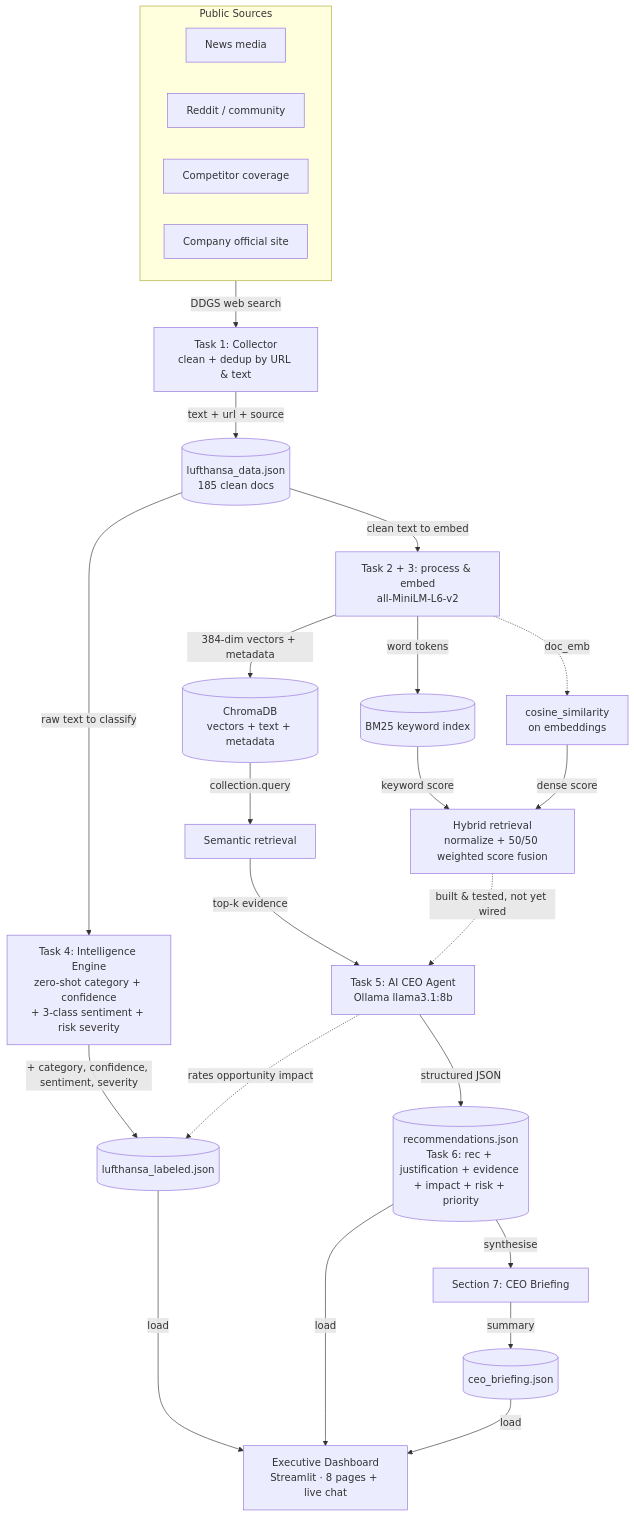
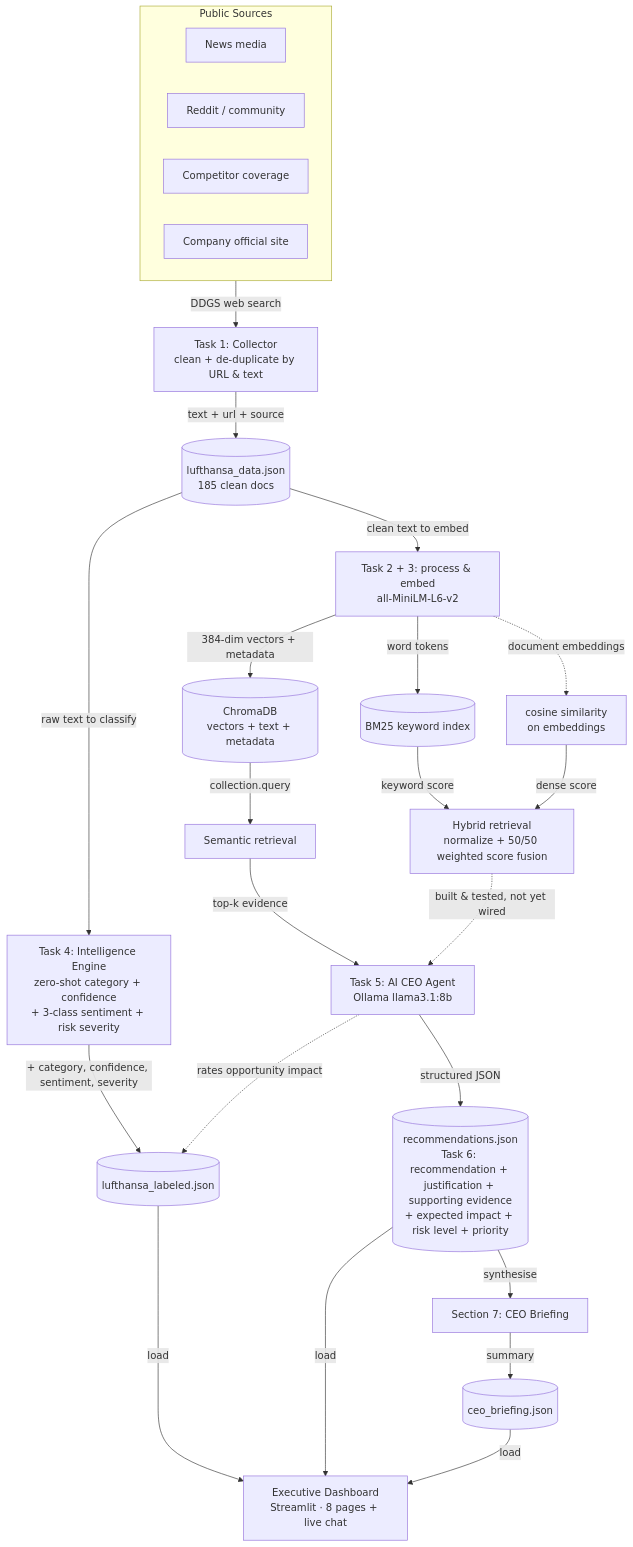
One commit to Nihalpujari/ML_Practice changed the first of 2 diagrams in NLP/NLP Exam/AI CEO Strategic Intelligence Agent/README.md. Above: the diagram before and after it, drawn with Mermaid. The commit also changed other lines of this file and 2 other files, not shown here.

````diff
--- a/NLP/NLP Exam/AI CEO Strategic Intelligence Agent/README.md
+++ b/NLP/NLP Exam/AI CEO Strategic Intelligence Agent/README.md
@@ -84,35 +84,35 @@
 ```mermaid
 flowchart TD
     subgraph SOURCES[Public Sources]
         N[News media]
         R[Reddit / community]
         CMP[Competitor coverage]
         CO[Company official site]
     end
 
-    SOURCES -->|DDGS web search| COLLECT[Task 1: Collector<br/>clean + dedup by URL & text]
+    SOURCES -->|DDGS web search| COLLECT[Task 1: Collector<br/>clean + de-duplicate by URL & text]
     COLLECT -->|text + url + source| JSON[(lufthansa_data.json<br/>185 clean docs)]
 
     JSON -->|clean text to embed| PROC[Task 2 + 3: process & embed<br/>all-MiniLM-L6-v2]
     PROC -->|384-dim vectors + metadata| CHROMA[(ChromaDB<br/>vectors + text + metadata)]
     PROC -->|word tokens| BM25[(BM25 keyword index)]
-    PROC -. doc_emb .-> COS[cosine_similarity<br/>on embeddings]
+    PROC -. document embeddings .-> COS[cosine similarity<br/>on embeddings]
 
     JSON -->|raw text to classify| INTEL[Task 4: Intelligence Engine<br/>zero-shot category + confidence<br/>+ 3-class sentiment + risk severity]
     INTEL -->|+ category, confidence, sentiment, severity| LABELED[(lufthansa_labeled.json)]
     AGENT -. rates opportunity impact .-> LABELED
 
     CHROMA -->|collection.query| SEM[Semantic retrieval]
     BM25 -->|keyword score| HYB[Hybrid retrieval<br/>normalize + 50/50 weighted score fusion]
     COS -->|dense score| HYB
 
     SEM -->|top-k evidence| AGENT[Task 5: AI CEO Agent<br/>Ollama llama3.1:8b]
     HYB -. built &amp; tested, not yet wired .-> AGENT
-    AGENT -->|structured JSON| RECS[(recommendations.json<br/>Task 6: rec + justification + evidence + impact + risk + priority)]
+    AGENT -->|structured JSON| RECS[(recommendations.json<br/>Task 6: recommendation + justification + supporting evidence<br/>+ expected impact + risk level + priority)]
     RECS -->|synthesise| BRIEF[Section 7: CEO Briefing]
     BRIEF -->|summary| CB[(ceo_briefing.json)]
 
     LABELED -->|load| DASH[Executive Dashboard<br/>Streamlit · 8 pages + live chat]
     RECS -->|load| DASH
     CB -->|load| DASH
 ```
````
